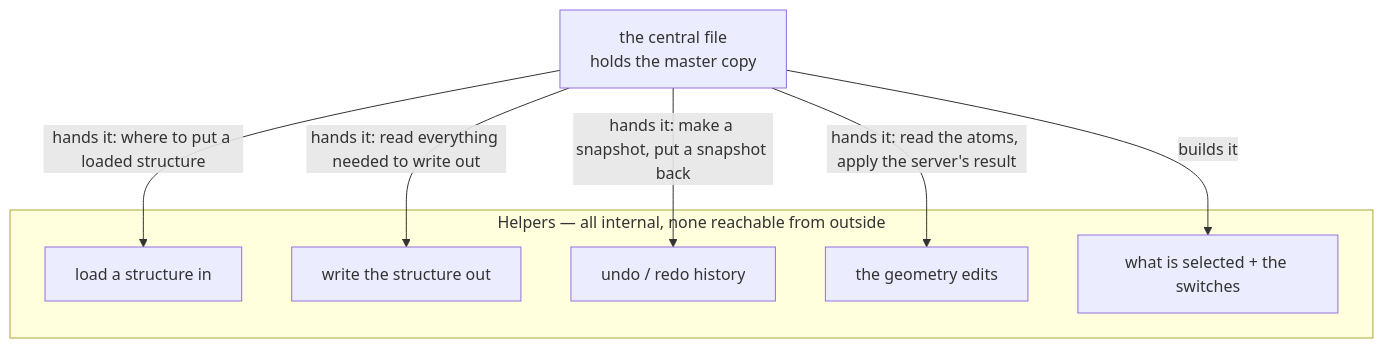
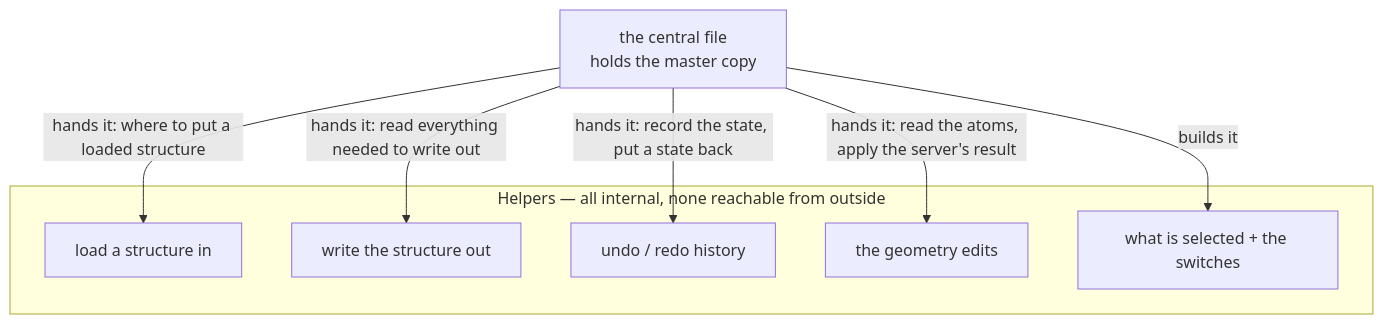
One commit to Qing-LAB/molbuilder changed the fourth of 5 diagrams in docs/web/molview.md. Above: the diagram before and after it, drawn with Mermaid. The commit also changed other lines of this file, not shown here.

````diff
--- a/docs/web/molview.md
+++ b/docs/web/molview.md
@@ -697,16 +697,16 @@
 ```mermaid
 flowchart TB
     DM["the central file<br/>holds the master copy"]
     subgraph subs["Helpers — all internal, none reachable from outside"]
       IN["load a structure in"]
       SE["write the structure out"]
       ST["undo / redo history"]
       OP["the geometry edits"]
       SS["what is selected + the switches"]
     end
-    DM -->|"hands it: make a snapshot, put a snapshot back"| ST
+    DM -->|"hands it: record the state, put a state back"| ST
     DM -->|"hands it: read the atoms, apply the server's result"| OP
     DM -->|"hands it: read everything needed to write out"| SE
     DM -->|"hands it: where to put a loaded structure"| IN
     DM -->|"builds it"| SS
 ```
````
